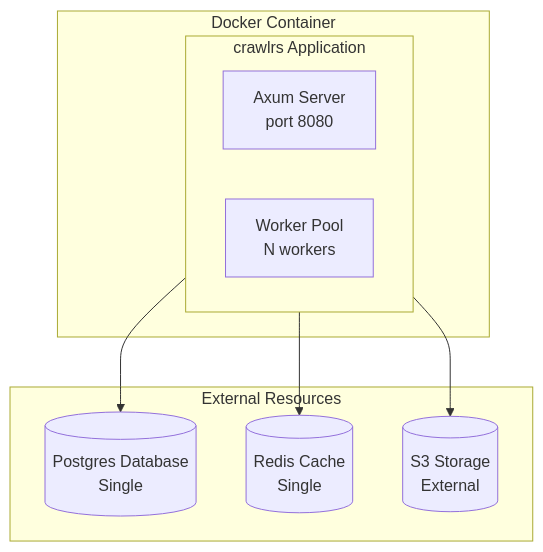
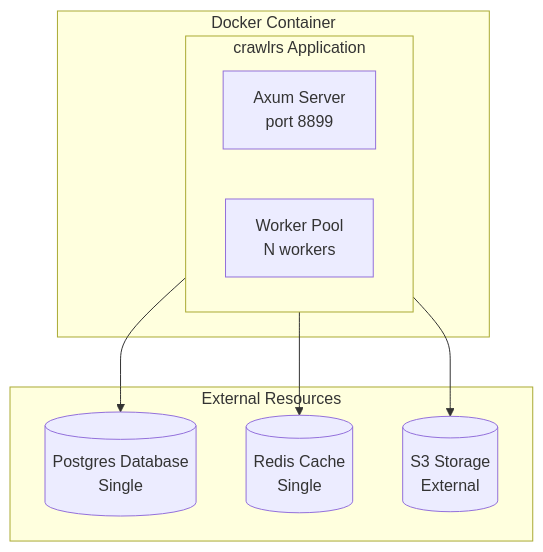
The sixth of 8 diagrams in docs/ARCHITECTURE.md (Kirky-X/crawlrs), drawn with Mermaid before and after one commit. The commit also changed other lines of this file and 3 other files, not shown here.

````diff
--- a/docs/ARCHITECTURE.md
+++ b/docs/ARCHITECTURE.md
@@ -1319,19 +1306,19 @@
 ```mermaid
 flowchart TB
     subgraph Container [Docker Container]
         subgraph App [crawlrs Application]
-            S1[Axum Server<br/>port 8080]
+            S1[Axum Server<br/>port 8899]
             S2[Worker Pool<br/>N workers]
         end
     end
 
     subgraph Resources [External Resources]
         DB[(Postgres Database<br/>Single)]
         RC[(Redis Cache<br/>Single)]
         S3[(S3 Storage<br/>External)]
     end
 
     App --> DB
     App --> RC
     App --> S3
 ```
````
